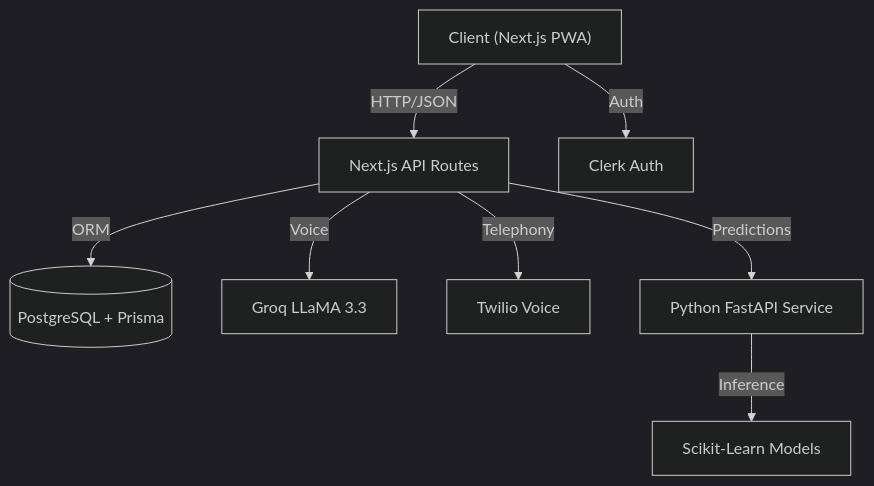
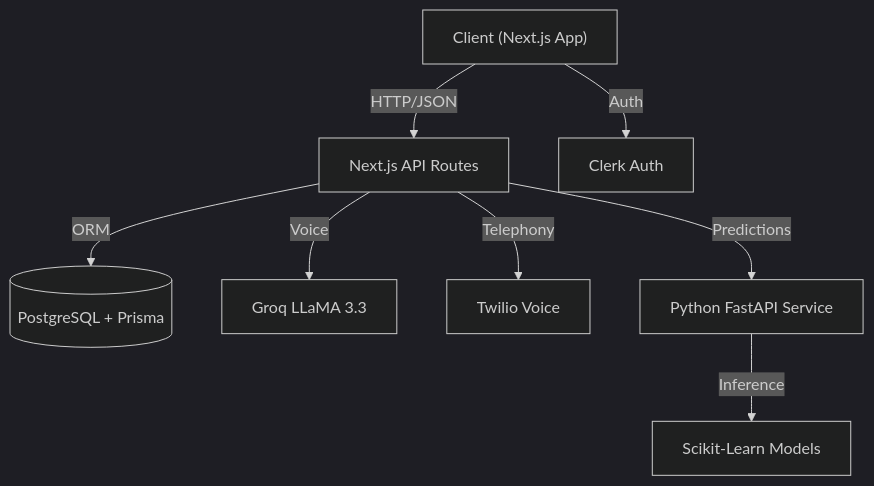
One commit to syedunaisp/AI_For_Bharat changed the first of 2 diagrams in DESIGN.md. Above: the diagram before and after it, drawn with Mermaid (dark theme). The commit also changed other lines of this file and 1 other file, not shown here.

Commit message:
docs: Update Design/Reqs with AWS roadmap and PWA adjustment

````diff
--- a/DESIGN.md
+++ b/DESIGN.md
@@ -7,10 +7,10 @@
 ```mermaid
 graph TD
-    Client["Client (Next.js PWA)"] -->|HTTP/JSON| API["Next.js API Routes"]
+    Client["Client (Next.js App)"] -->|HTTP/JSON| API["Next.js API Routes"]
     Client -->|Auth| Clerk["Clerk Auth"]
     API -->|ORM| DB[("PostgreSQL + Prisma")]
     API -->|Voice| Groq["Groq LLaMA 3.3"]
     API -->|Telephony| Twilio["Twilio Voice"]
     API -->|Predictions| ML["Python FastAPI Service"]
     ML -->|Inference| Models["Scikit-Learn Models"]
 ```
````
